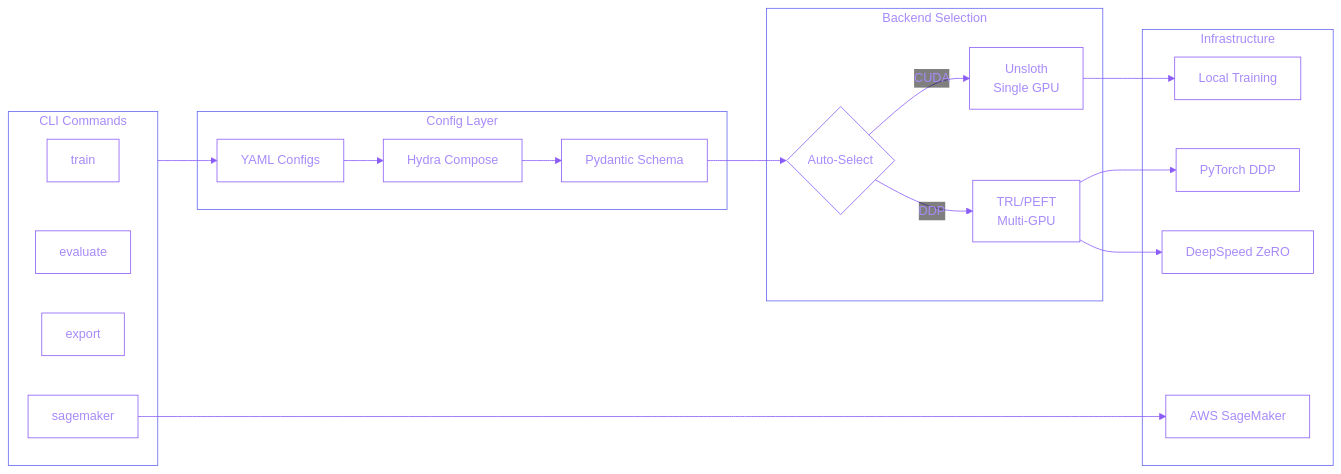
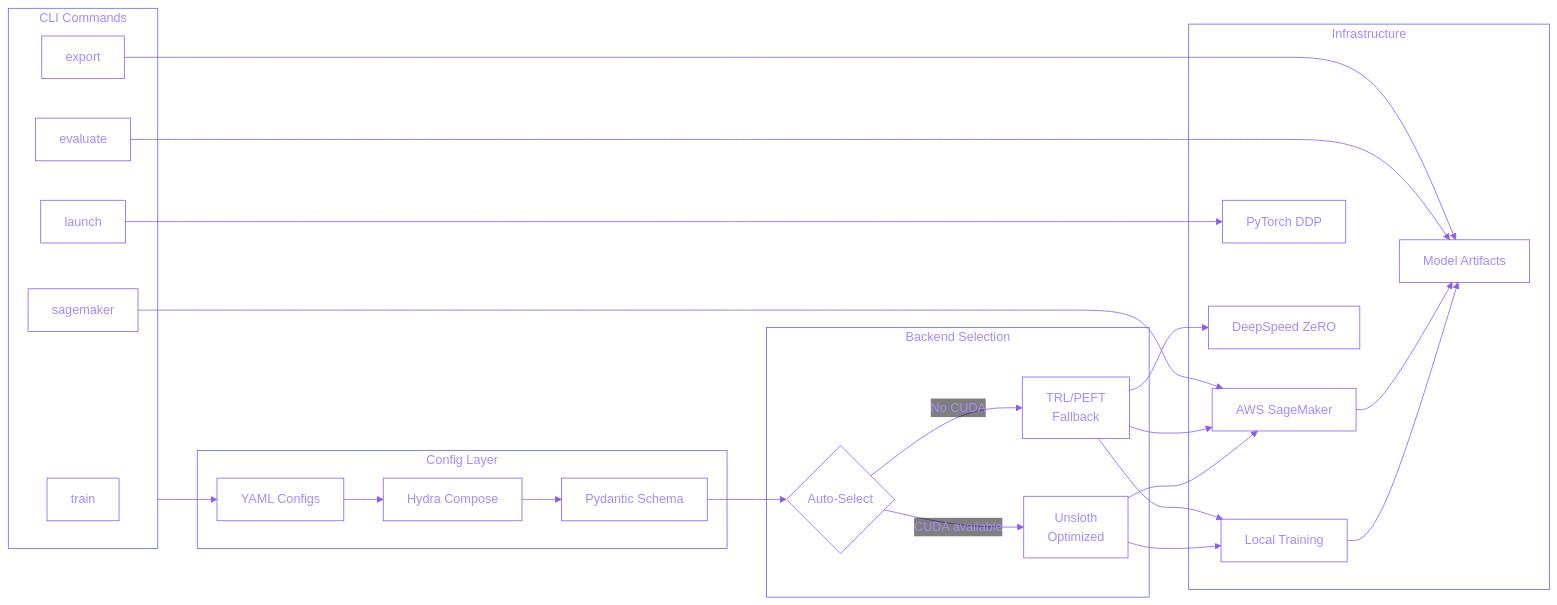
One commit to connectwithprakash/connectwithprakash.github.io changed the diagram in src/content/projects/unified-llm-finetuning.md. Above: the diagram before and after it, drawn with Mermaid. The commit also changed other lines of this file, not shown here.

````diff
--- a/src/content/projects/unified-llm-finetuning.md
+++ b/src/content/projects/unified-llm-finetuning.md
@@ -37,40 +37,49 @@
 ```mermaid
 %%{init: {'theme': 'base', 'themeVariables': { 'primaryColor': 'transparent', 'primaryTextColor': '#a78bfa', 'primaryBorderColor': '#8b5cf6', 'lineColor': '#8b5cf6', 'secondaryColor': 'transparent', 'tertiaryColor': 'transparent', 'mainBkg': 'transparent', 'nodeBorder': '#8b5cf6', 'clusterBkg': 'transparent', 'clusterBorder': '#6366f1', 'titleColor': '#a78bfa'}}}%%
 flowchart LR
     subgraph CLI["CLI Commands"]
         Train[train]
         Eval[evaluate]
+        Launch[launch]
         Export[export]
         SM[sagemaker]
     end
 
     subgraph Config["Config Layer"]
         YAML[YAML Configs]
         Hydra[Hydra Compose]
         Schema[Pydantic Schema]
     end
 
     subgraph Backends["Backend Selection"]
         Auto{Auto-Select}
-        Unsloth[Unsloth<br/>Single GPU]
-        TRL[TRL/PEFT<br/>Multi-GPU]
+        Unsloth[Unsloth<br/>Optimized]
+        TRL[TRL/PEFT<br/>Fallback]
     end
 
     subgraph Infra["Infrastructure"]
         Local[Local Training]
         Cloud[AWS SageMaker]
         DDP[PyTorch DDP]
         DS[DeepSpeed ZeRO]
+        Models[Model Artifacts]
     end
 
     CLI --> YAML
     YAML --> Hydra
     Hydra --> Schema
     Schema --> Auto
-    Auto -->|CUDA| Unsloth
-    Auto -->|DDP| TRL
+    Auto -->|CUDA available| Unsloth
+    Auto -->|No CUDA| TRL
     Unsloth --> Local
-    TRL --> DDP
+    Unsloth --> Cloud
+    TRL --> Local
+    TRL --> Cloud
+    Launch --> DDP
     TRL --> DS
     SM --> Cloud
+    Local --> Models
+    Cloud --> Models
+    Eval --> Models
+    Export --> Models
 ```
````
